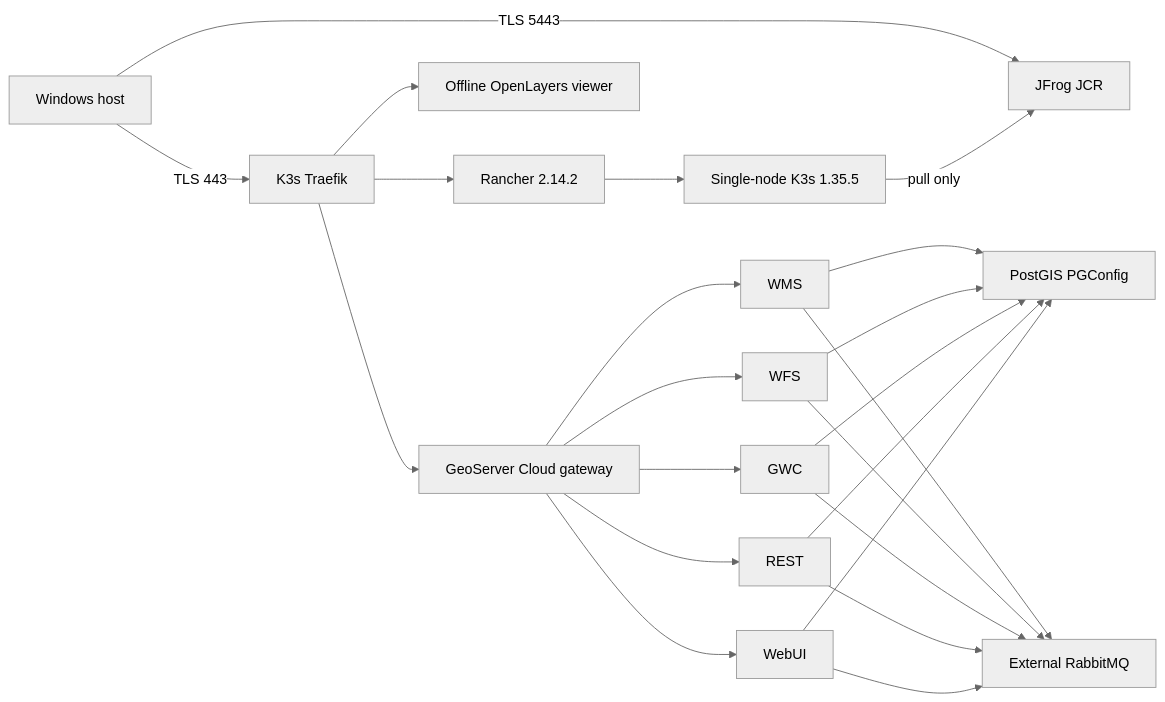
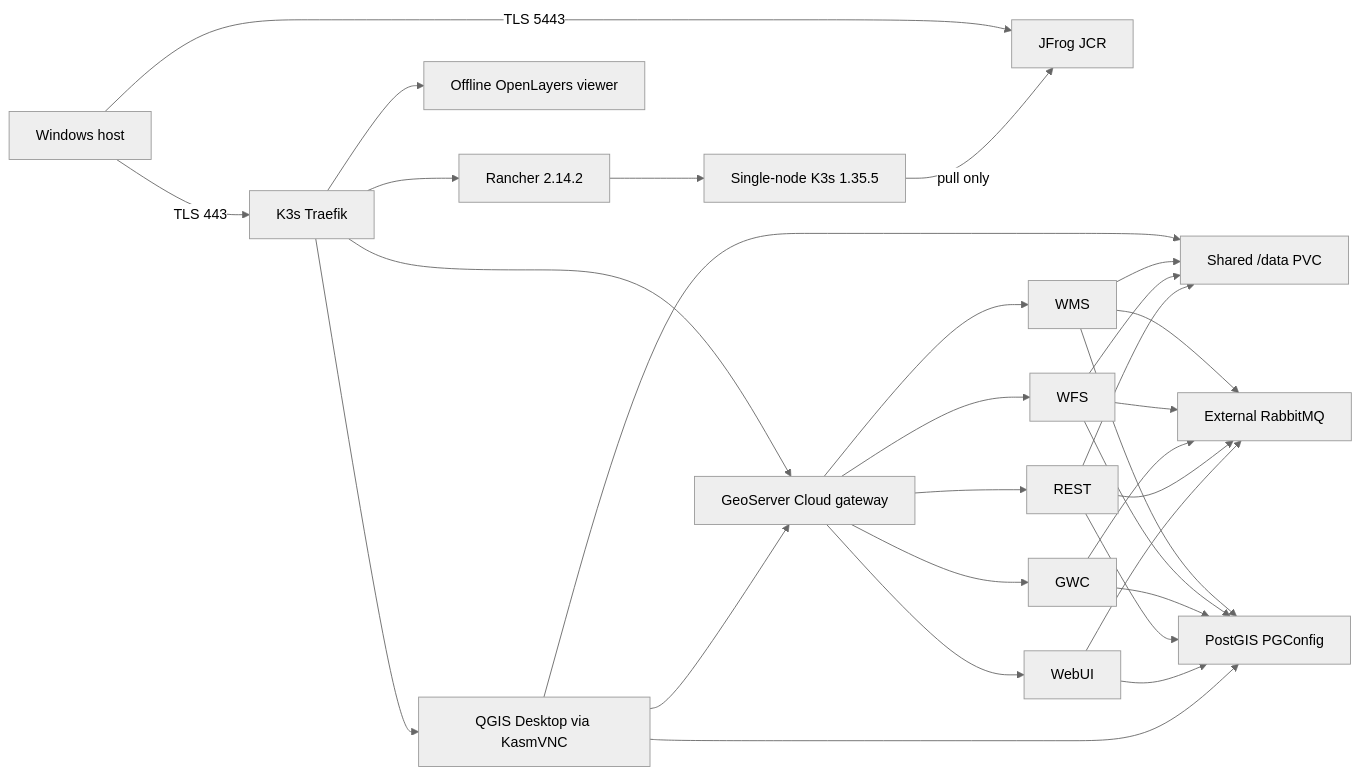
Before and after one commit to AShapira/geoserver-cloud-rancher: the diagram in docs/architecture.md, drawn with Mermaid (neutral theme). The commit also changed other lines of this file and 21 other files, not shown here.

Commit message:
Add browser-based QGIS desktop

````diff
--- a/docs/architecture.md
+++ b/docs/architecture.md
@@ -12,25 +12,32 @@
 ```mermaid
 flowchart LR
   Host["Windows host"] -->|TLS 5443| JCR["JFrog JCR"]
   Host -->|TLS 443| Ingress["K3s Traefik"]
   Rancher["Rancher 2.14.2"] --> K8s["Single-node K3s 1.35.5"]
   Ingress --> Rancher
   Ingress --> Viewer["Offline OpenLayers viewer"]
+  Ingress --> QGIS["QGIS Desktop via KasmVNC"]
   Ingress --> Gateway["GeoServer Cloud gateway"]
   Gateway --> WMS
   Gateway --> WFS
   Gateway --> GWC
   Gateway --> REST
   Gateway --> WebUI
   WMS --> PG["PostGIS PGConfig"]
   WFS --> PG
   GWC --> PG
   REST --> PG
   WebUI --> PG
   WMS --> RMQ["External RabbitMQ"]
   WFS --> RMQ
   GWC --> RMQ
   REST --> RMQ
   WebUI --> RMQ
+  QGIS --> Gateway
+  QGIS --> PG
+  QGIS --> Data["Shared /data PVC"]
+  WMS --> Data
+  WFS --> Data
+  REST --> Data
   K8s -->|pull only| JCR
 ```
````
